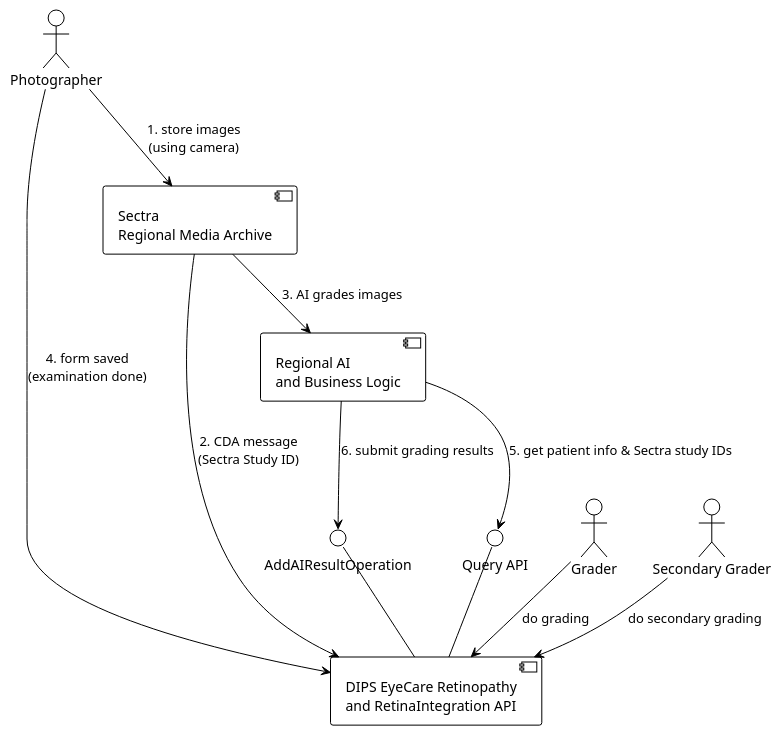
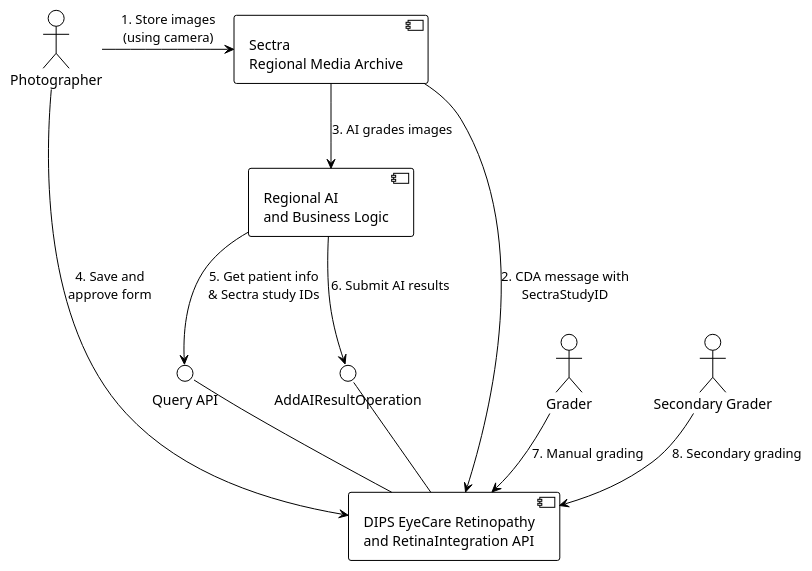
The diagram in docs/component-diagram.puml (DIPSAS/DIPS-RetinaIntegration-IG), drawn with PlantUML before and after one commit. The commit also changed 728 other files, not shown here.

```diff
--- a/docs/component-diagram.puml
+++ b/docs/component-diagram.puml
@@ -1,27 +1,31 @@
 @startuml component-diagram
 !theme plain
+
+' Use orthogonal lines for cleaner relationships
+'skinparam linetype ortho
+
+
+actor "Photographer" as photo
+actor "Grader" as grader1
+actor "Secondary Grader" as grader2
 
 component "DIPS EyeCare Retinopathy\nand RetinaIntegration API" as dips
 component "Sectra\nRegional Media Archive" as sectra
 component "Regional AI\nand Business Logic" as aibl
-actor "Photographer" as photo
-actor "Grader" as grader1
-actor "Secondary Grader" as grader2
-
 
 () "Query API" as queryapi
 () "AddAIResultOperation" as addapi
 
 dips -up- queryapi 
 dips -up- addapi
 
-photo --> sectra : 1. store images\n(using camera)
-sectra --> dips : 2. CDA message\n(Sectra Study ID)
+photo -right-> sectra : 1. Store images\n(using camera)
+photo --> dips : 4. Save and\napprove form
+sectra -down-> dips : 2. CDA message with\nSectraStudyID
 sectra --> aibl : 3. AI grades images
-photo --> dips : 4. form saved\n(examination done)
-aibl --> queryapi : 5. get patient info & Sectra study IDs
-aibl --> addapi : 6. submit grading results
-grader1 --> dips : do grading
-grader2 --> dips : do secondary grading
+aibl --> queryapi : 5. Get patient info\n& Sectra study IDs
+aibl --> addapi : 6. Submit AI results
+grader1 --> dips : 7. Manual grading
+grader2 --> dips : 8. Secondary grading
 
 @enduml
```
